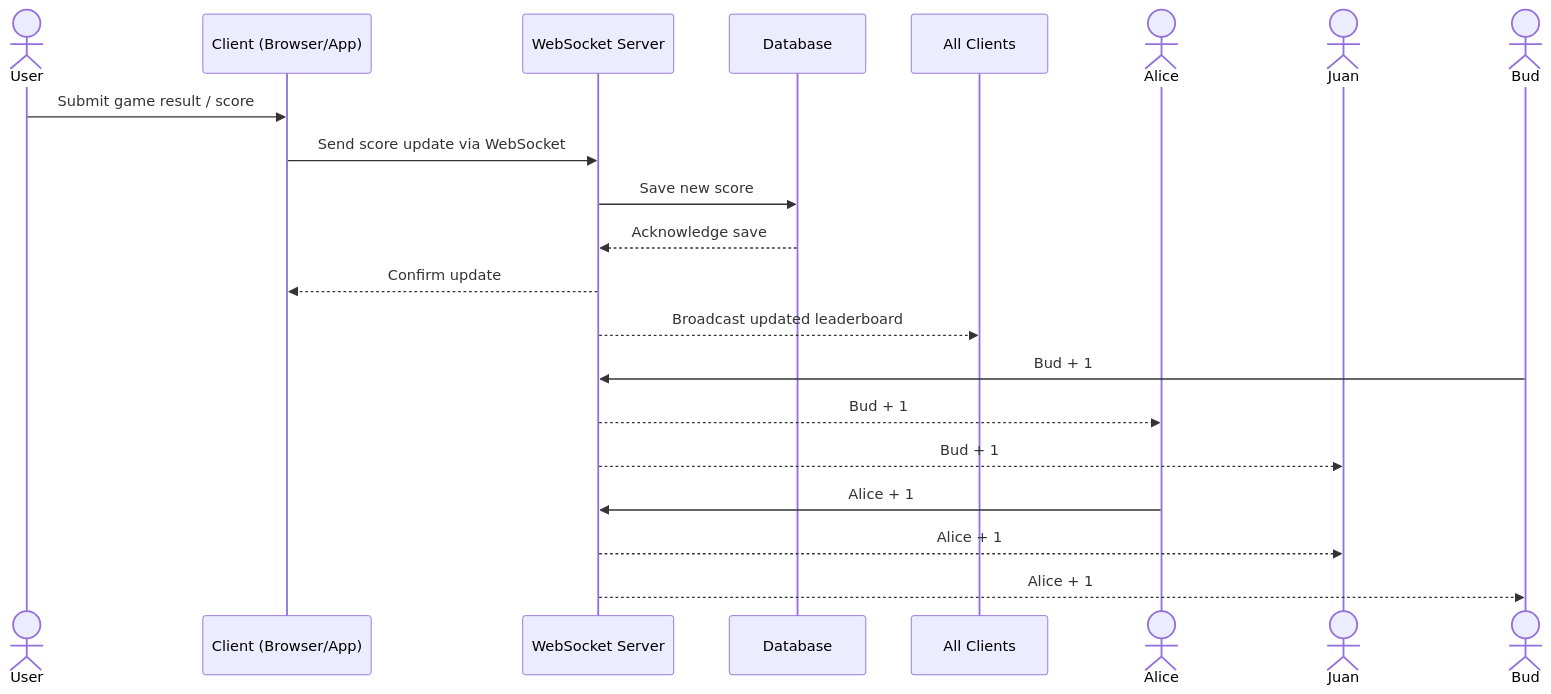
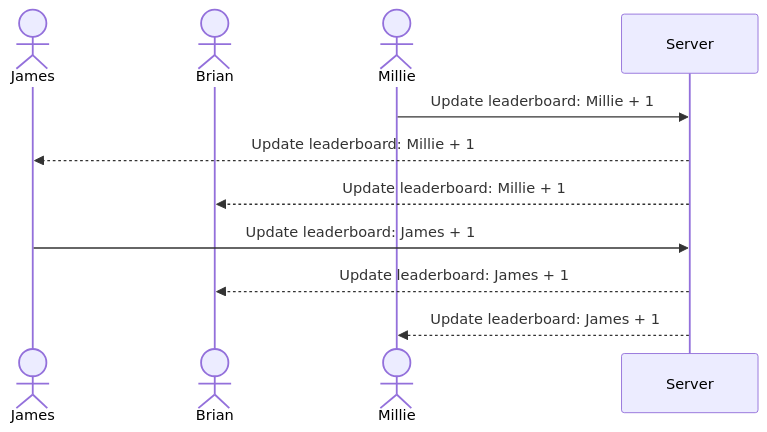
Before and after one commit to maddiebrammer/startup: the diagram in README.md, drawn with Mermaid. The commit also changed other lines of this file, not shown here.

Commit message:
Update README.md final sequence diagram

````diff
--- a/README.md
+++ b/README.md
@@ -37,28 +36,15 @@
 ```mermaid
 sequenceDiagram
-    %% General Flow
-    actor User as User
-    participant Client as Client (Browser/App)
-    participant Server as WebSocket Server
-    participant DB as Database
+    actor James
+    actor Brian
+    actor Millie
+    participant Server
 
-    User->>Client: Submit game result / score
-    Client->>Server: Send score update via WebSocket
-    Server->>DB: Save new score
-    DB-->>Server: Acknowledge save
-    Server-->>Client: Confirm update
-    Server-->>All Clients: Broadcast updated leaderboard
+    Millie->>Server: Update leaderboard: Millie + 1
+    Server-->>James: Update leaderboard: Millie + 1
+    Server-->>Brian: Update leaderboard: Millie + 1
 
-    %% Example Players
-    actor Alice
-    actor Juan
-    actor Bud
-
-    Bud->>Server: Bud + 1
-    Server-->>Alice: Bud + 1
-    Server-->>Juan: Bud + 1
-
-    Alice->>Server: Alice + 1
-    Server-->>Juan: Alice + 1
-    Server-->>Bud: Alice + 1
+    James->>Server: Update leaderboard: James + 1
+    Server-->>Brian: Update leaderboard: James + 1
+    Server-->>Millie: Update leaderboard: James + 1
 ```
````
